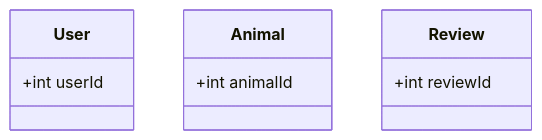
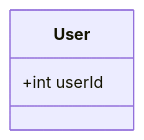
The diagram in README.md (bryan-jose-valdiviezo/sit-a-pup), drawn with Mermaid before and after one commit.

````diff
--- a/README.md
+++ b/README.md
@@ -3,6 +3,4 @@
 ```mermaid
 classDiagram
 	User : +int userId
-	Animal : +int animalId
-	Review : +int reviewId
 ```
````
